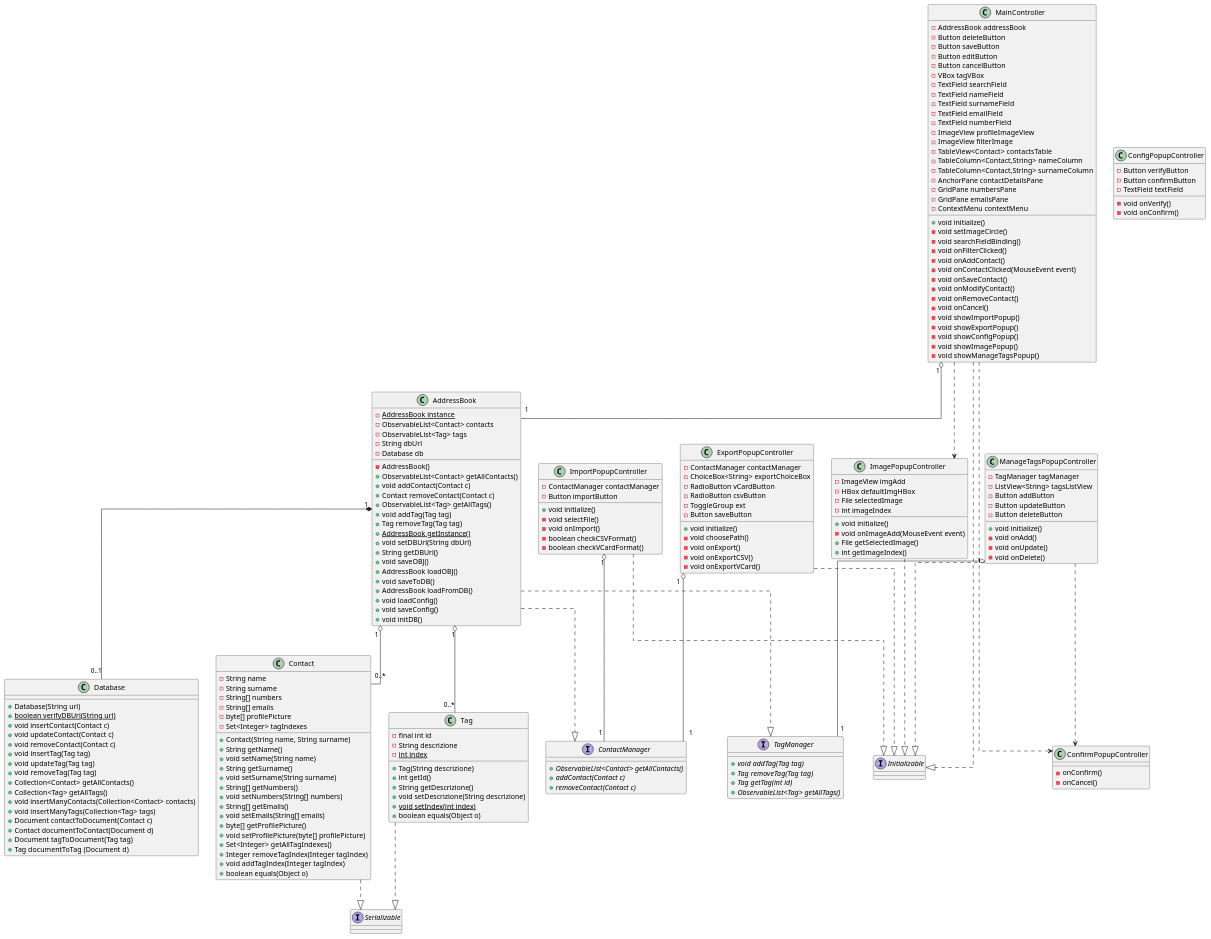
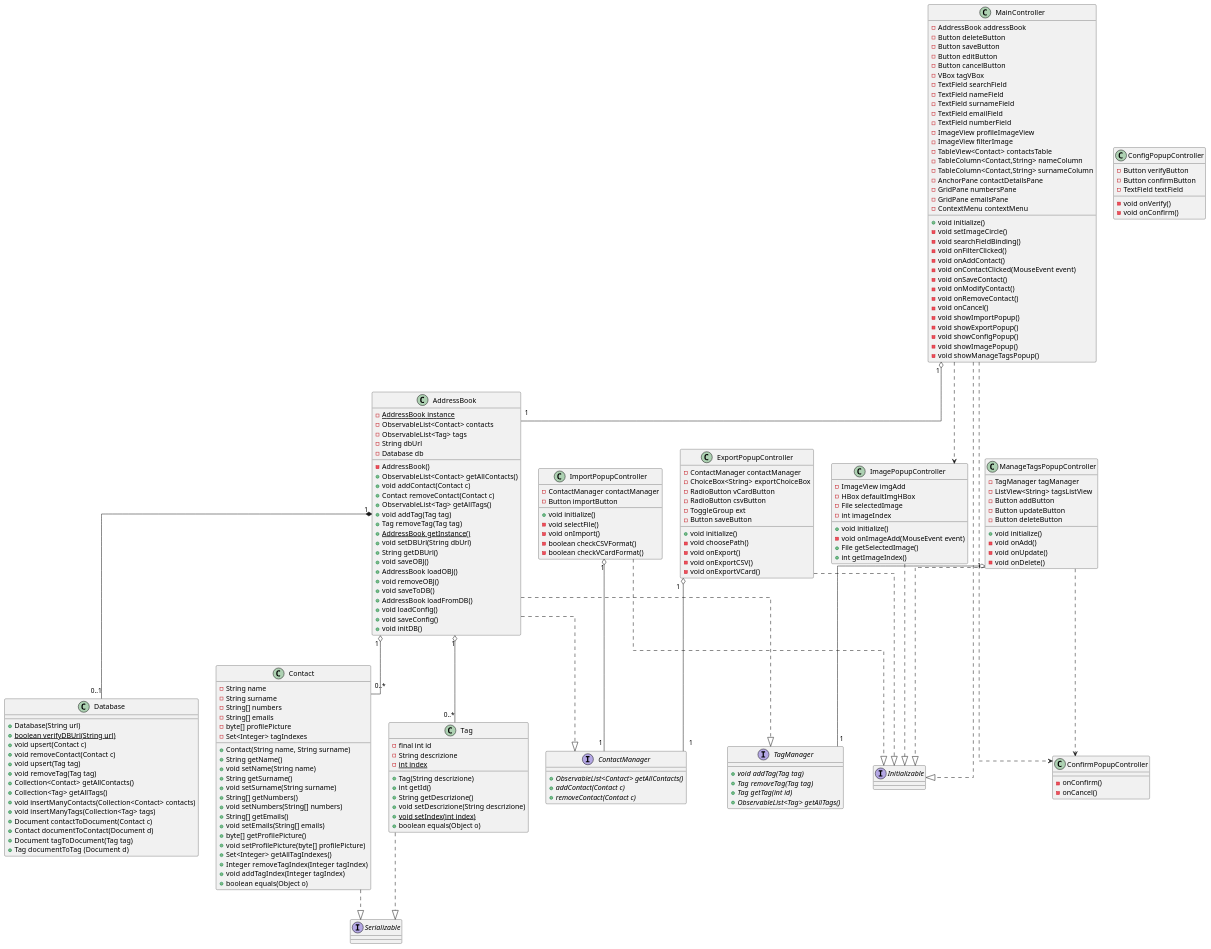
The diagram in documenti/diagrammaClassi.puml (savaava/ProgettoRubrica), drawn with PlantUML before and after one commit. The commit also changed 3 other files, not shown here.

Commit message:
update diagrammi classi e sequenza

```diff
--- a/documenti/diagrammaClassi.puml
+++ b/documenti/diagrammaClassi.puml
@@ -61,6 +61,7 @@
     + String getDBUrl()
     + void saveOBJ()
     + AddressBook loadOBJ()
+    + void removeOBJ()
     + void saveToDB()
     + AddressBook loadFromDB()   
     + void loadConfig()
@@ -175,11 +176,9 @@
 class Database {
     + Database(String url)
     + {static} boolean verifyDBUrl(String url)
-    + void insertContact(Contact c)
-    + void updateContact(Contact c)
+    + void upsert(Contact c)
     + void removeContact(Contact c)
-    + void insertTag(Tag tag)
-    + void updateTag(Tag tag)
+    + void upsert(Tag tag)
     + void removeTag(Tag tag)
     + Collection<Contact> getAllContacts()
     + Collection<Tag> getAllTags()
```
